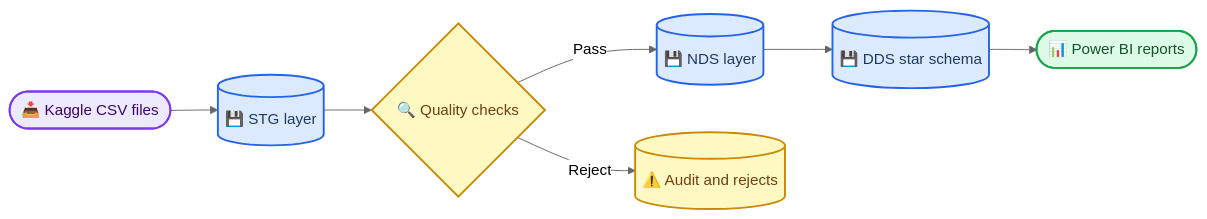
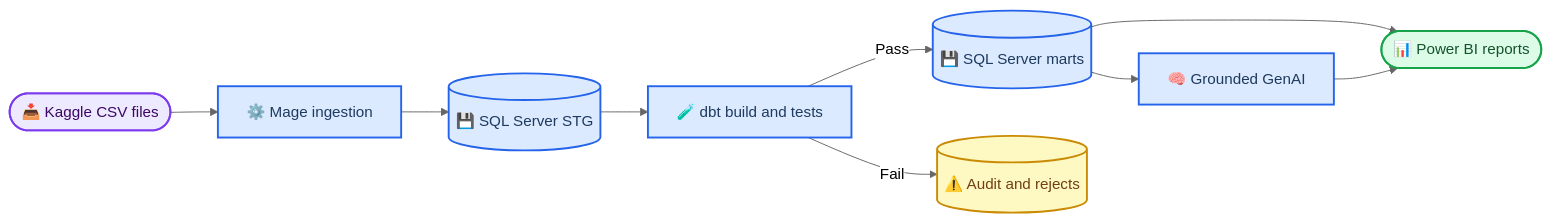
Before and after one commit to TheHien04/Home-Credit: the diagram in README.md, drawn with Mermaid (neutral theme). The commit also changed other lines of this file and 24 other files, not shown here.

Commit message:
feat: migrate project plan to Mage and dbt stack

````diff
--- a/README.md
+++ b/README.md
@@ -30,22 +32,26 @@
 ```mermaid
 flowchart LR
     accTitle: Home Credit BI Pipeline
-    accDescr: Home Credit CSV files move through staging, data-quality validation, normalized storage, a dimensional warehouse, and Power BI reporting while failed records are retained in an audit path.
+    accDescr: Mage loads Home Credit CSV files to SQL Server, dbt transforms and tests the data, and verified marts feed Power BI and a grounded generative AI narrative.
 
-    source(["📥 Kaggle CSV files"]) --> staging[("💾 STG layer")]
-    staging --> quality{"🔍 Quality checks"}
-    quality -->|Pass| nds[("💾 NDS layer")]
-    quality -->|Reject| audit[("⚠️ Audit and rejects")]
-    nds --> dds[("💾 DDS star schema")]
+    source(["📥 Kaggle CSV files"]) --> mage["⚙️ Mage ingestion"]
+    mage --> staging[("💾 SQL Server STG")]
+    staging --> dbt["🧪 dbt build and tests"]
+    dbt -->|Pass| dds[("💾 SQL Server marts")]
+    dbt -->|Fail| audit[("⚠️ Audit and rejects")]
     dds --> dashboard(["📊 Power BI reports"])
+    dds --> genai["🧠 Grounded GenAI"]
+    genai --> dashboard
 
     classDef input fill:#ede9fe,stroke:#7c3aed,stroke-width:2px,color:#3b0764
+    classDef process fill:#dbeafe,stroke:#2563eb,stroke-width:2px,color:#1e3a5f
     classDef data fill:#dbeafe,stroke:#2563eb,stroke-width:2px,color:#1e3a5f
     classDef warning fill:#fef9c3,stroke:#ca8a04,stroke-width:2px,color:#713f12
     classDef output fill:#dcfce7,stroke:#16a34a,stroke-width:2px,color:#14532d
 
     class source input
-    class staging,nds,dds data
-    class quality,audit warning
+    class staging,dds data
+    class audit warning
+    class mage,dbt,genai process
     class dashboard output
 ```
````
